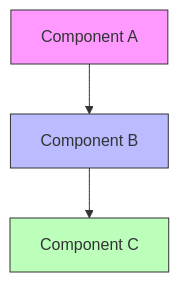
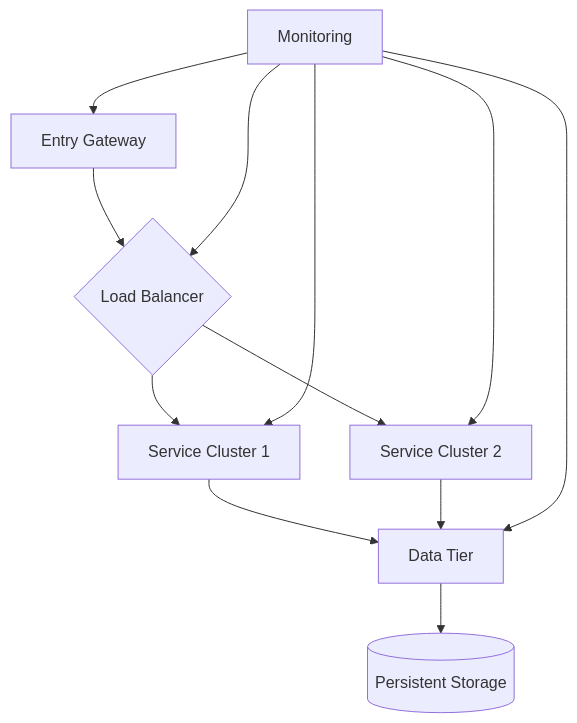
Before and after one commit to xincheng213618/OpenDeepWiki: the first of 6 diagrams in src/KoalaWiki/Prompts/Warehouse/GenerateDocsDevOpsConfiguration.md, drawn with Mermaid. The commit also changed other lines of this file and 14 other files, not shown here.

````diff
--- a/src/KoalaWiki/Prompts/Warehouse/GenerateDocsDevOpsConfiguration.md
+++ b/src/KoalaWiki/Prompts/Warehouse/GenerateDocsDevOpsConfiguration.md
@@ -96,8 +67,14 @@
 ```mermaid
 graph TD
-  A[Component A] --> B[Component B]
-  B --> C[Component C]
-  style A fill:#f9f,stroke:#333
-  style B fill:#bbf,stroke:#333
-  style C fill:#bfb,stroke:#333
+    A[Entry Gateway] --> B{Load Balancer}
+    B --> C[Service Cluster 1]
+    B --> D[Service Cluster 2]
+    C --> E[Data Tier]
+    D --> E
+    E --> F[(Persistent Storage)]
+    G[Monitoring] --> A
+    G --> B
+    G --> C
+    G --> D
+    G --> E
 ```
````
